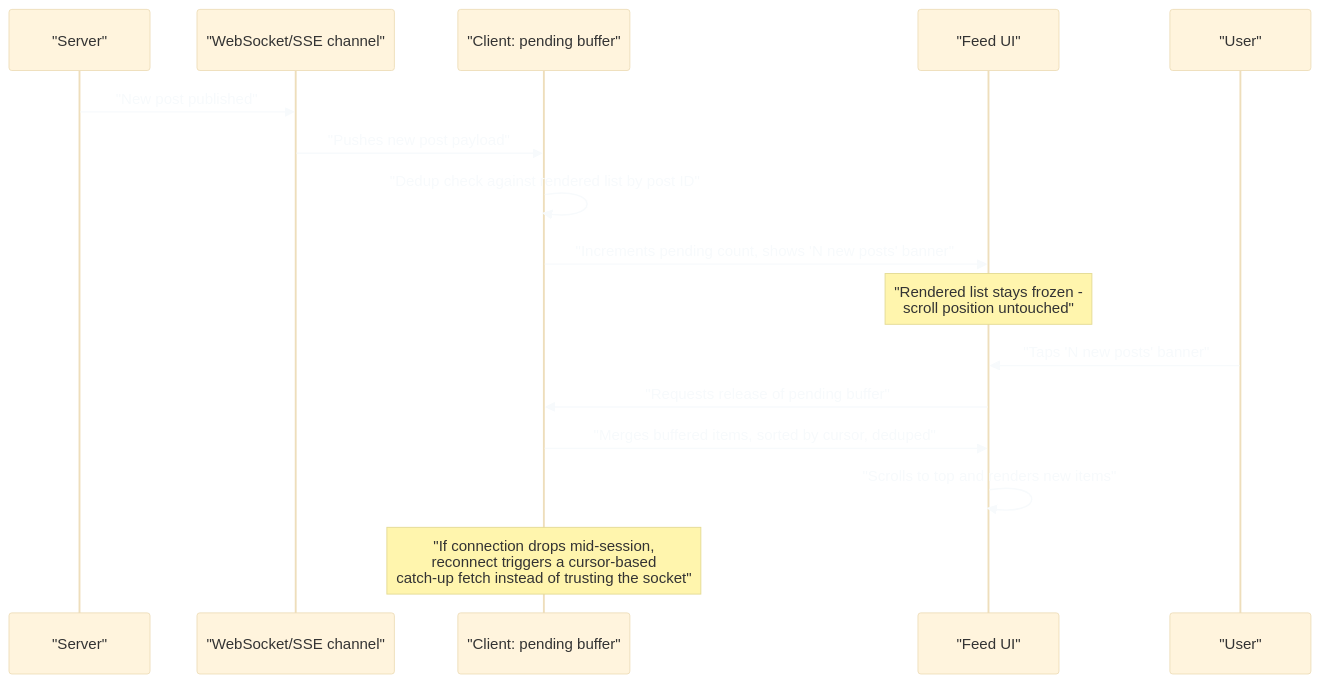
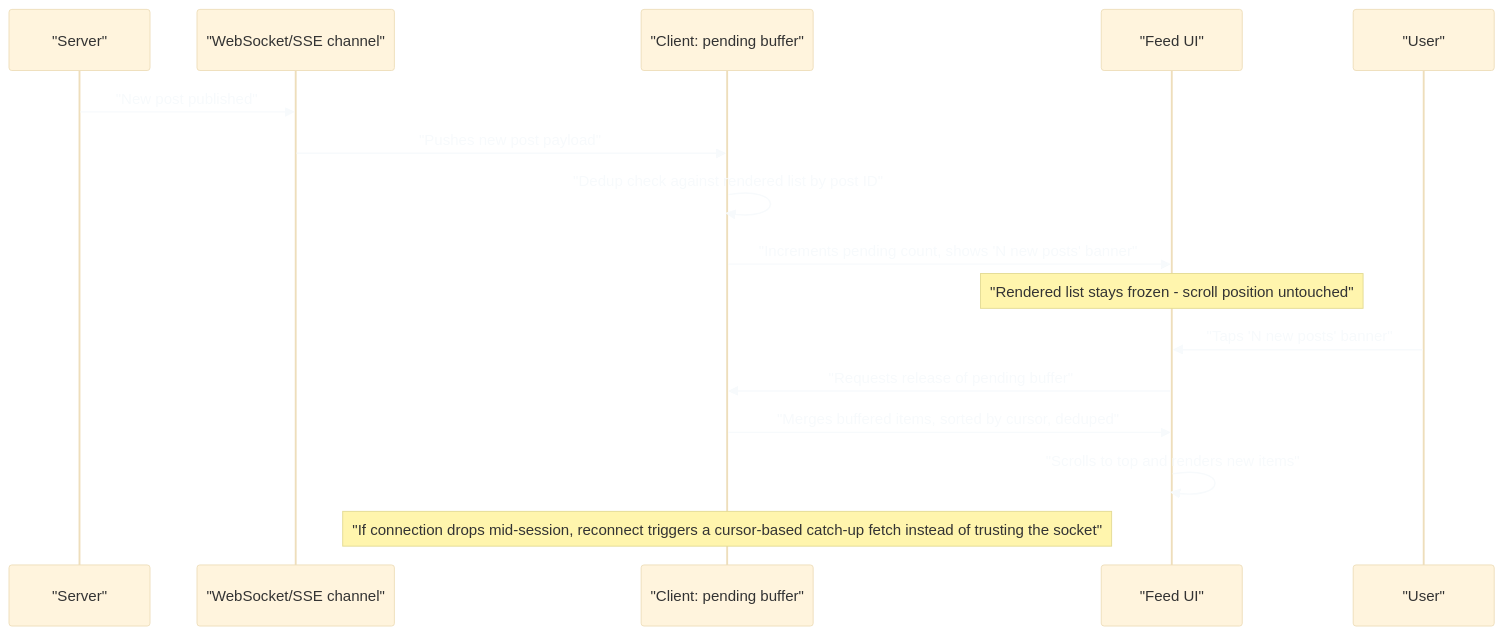
One commit to vinayakhumberi/litmus changed the second of 2 diagrams in data/topics/design-news-feed.md. Above: the diagram before and after it, drawn with Mermaid. The commit also changed other lines of this file and 68 other files, not shown here.

````diff
--- a/data/topics/design-news-feed.md
+++ b/data/topics/design-news-feed.md
@@ -128,20 +128,20 @@
 ```mermaid
 %%{init: {"theme": "base", "themeVariables": {"lineColor": "#a0aec0", "edgeLabelBackground": "#2d3748", "textColor": "#f7fafc"}}}%%
 sequenceDiagram
     participant S as "Server"
     participant WS as "WebSocket/SSE channel"
     participant C as "Client: pending buffer"
     participant UI as "Feed UI"
     participant U as "User"
 
     S->>WS: "New post published"
     WS->>C: "Pushes new post payload"
     C->>C: "Dedup check against rendered list by post ID"
     C->>UI: "Increments pending count, shows 'N new posts' banner"
-    Note over UI: "Rendered list stays frozen -<br>scroll position untouched"
+    Note over UI: "Rendered list stays frozen - scroll position untouched"
     U->>UI: "Taps 'N new posts' banner"
     UI->>C: "Requests release of pending buffer"
     C->>UI: "Merges buffered items, sorted by cursor, deduped"
     UI->>UI: "Scrolls to top and renders new items"
-    Note over C: "If connection drops mid-session,<br>reconnect triggers a cursor-based<br>catch-up fetch instead of trusting the socket"
+    Note over C: "If connection drops mid-session, reconnect triggers a cursor-based catch-up fetch instead of trusting the socket"
 ```
````
